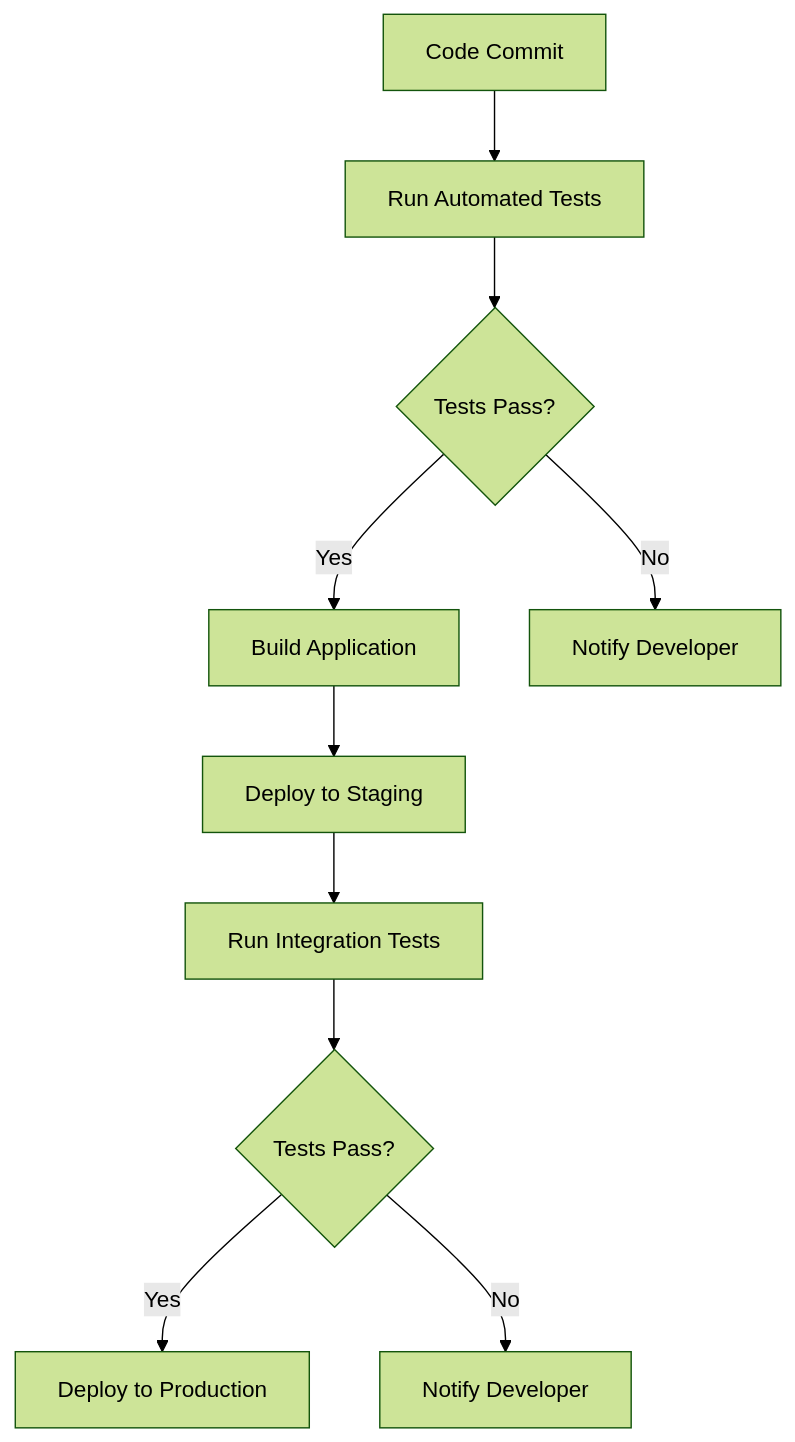
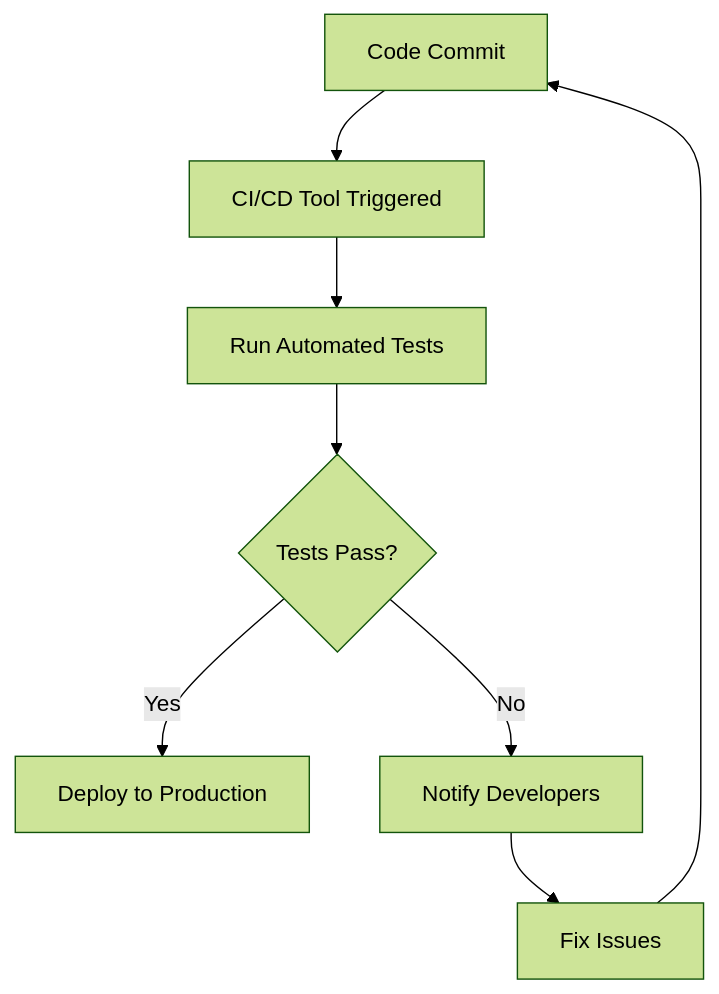
Before and after one commit to MasteryEducation/ClojureForJava.com: the diagram in content/3/15/2/index.md, drawn with Mermaid (forest theme). The commit also changed other lines of this file and 74 other files, not shown here.

````diff
--- a/content/3/15/2/index.md
+++ b/content/3/15/2/index.md
@@ -168,12 +127,10 @@
 ```mermaid
 graph TD;
-    A[Code Commit] --> B[Run Automated Tests];
-    B --> C{Tests Pass?};
-    C -->|Yes| D[Build Application];
-    C -->|No| E[Notify Developer];
-    D --> F[Deploy to Staging];
-    F --> G[Run Integration Tests];
-    G --> H{Tests Pass?};
-    H -->|Yes| I[Deploy to Production];
-    H -->|No| J[Notify Developer];
+    A[Code Commit] --> B[CI/CD Tool Triggered];
+    B --> C[Run Automated Tests];
+    C --> D{Tests Pass?};
+    D -->|Yes| E[Deploy to Production];
+    D -->|No| F[Notify Developers];
+    F --> G[Fix Issues];
+    G --> A;
 ```
````
